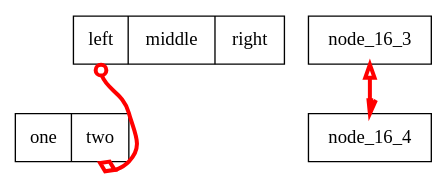
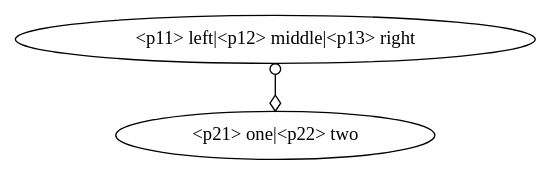
One commit to graphviz-perl/GraphViz2-Marpa changed the diagram in data/16.gv. Above: the diagram before and after it, drawn with Graphviz. The commit also changed 1 other file, not shown here.

```diff
--- a/data/16.gv
+++ b/data/16.gv
@@ -1,44 +1,19 @@
 strict digraph graph_16
 {
-	node
-	[
-		shape = "record",
-	];
-
-	edge
-	[
-		color = "red"
-		penwidth = 3,
-	];
-
 	node_16_1
 	[
 		label = "<p11> left|<p12> middle|<p13> right"
 	]
 
 	node_16_2
 	[
 		label = "<p21> one|<p22> two"
 	]
 
 	node_16_1:p11 -> node_16_2:p22:s
 	[
 		arrowtail = "odot",
 		arrowhead = "odiamond";
 		dir       = both;
 	];
-
-	subgraph subgraph_18_1
-	{
-		node_16_3
-
-		node_16_4;
-
-		node_16_3 -> node_16_4
-		[
-			arrowtail = "empty"
-			arrowhead = "halfopen",
-			dir       = "both",
-		]
-	}
 }
```
